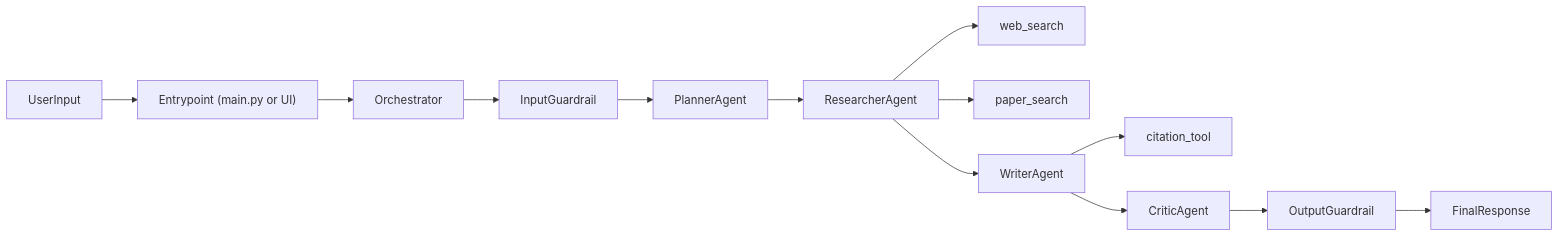
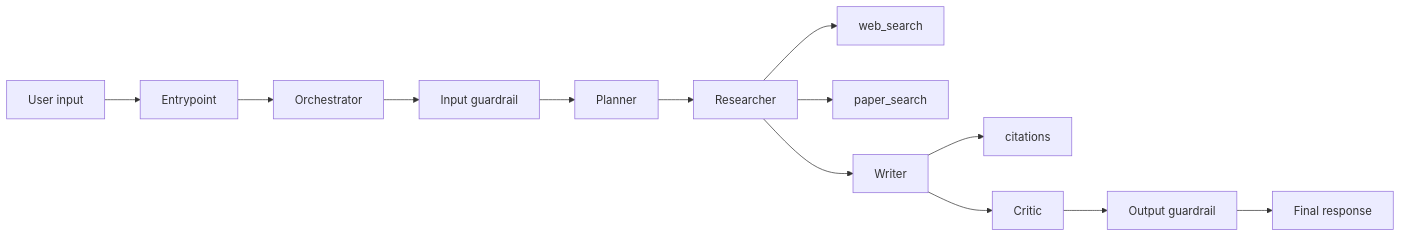
Before and after one commit to dvjgenis/multi-agent-systems-lab: the first of 2 diagrams in README.md, drawn with Mermaid. The commit also changed other lines of this file, not shown here.

Commit message:
Simplify multi-agent lab README with TL;DR and significance upfront.

````diff
--- a/README.md
+++ b/README.md
@@ -68,15 +86,15 @@
 ```mermaid
 flowchart LR
-  userInput["UserInput"] --> entrypoint["Entrypoint (main.py or UI)"]
+  userInput["User input"] --> entrypoint["Entrypoint"]
   entrypoint --> orchestrator["Orchestrator"]
-  orchestrator --> inputGuardrail["InputGuardrail"]
-  inputGuardrail --> plannerAgent["PlannerAgent"]
-  plannerAgent --> researcherAgent["ResearcherAgent"]
+  orchestrator --> inputGuardrail["Input guardrail"]
+  inputGuardrail --> plannerAgent["Planner"]
+  plannerAgent --> researcherAgent["Researcher"]
   researcherAgent --> toolWeb["web_search"]
   researcherAgent --> toolPaper["paper_search"]
-  researcherAgent --> writerAgent["WriterAgent"]
-  writerAgent --> citationTool["citation_tool"]
-  writerAgent --> criticAgent["CriticAgent"]
-  criticAgent --> outputGuardrail["OutputGuardrail"]
-  outputGuardrail --> finalResponse["FinalResponse"]
+  researcherAgent --> writerAgent["Writer"]
+  writerAgent --> citationTool["citations"]
+  writerAgent --> criticAgent["Critic"]
+  criticAgent --> outputGuardrail["Output guardrail"]
+  outputGuardrail --> finalResponse["Final response"]
 ```
````
